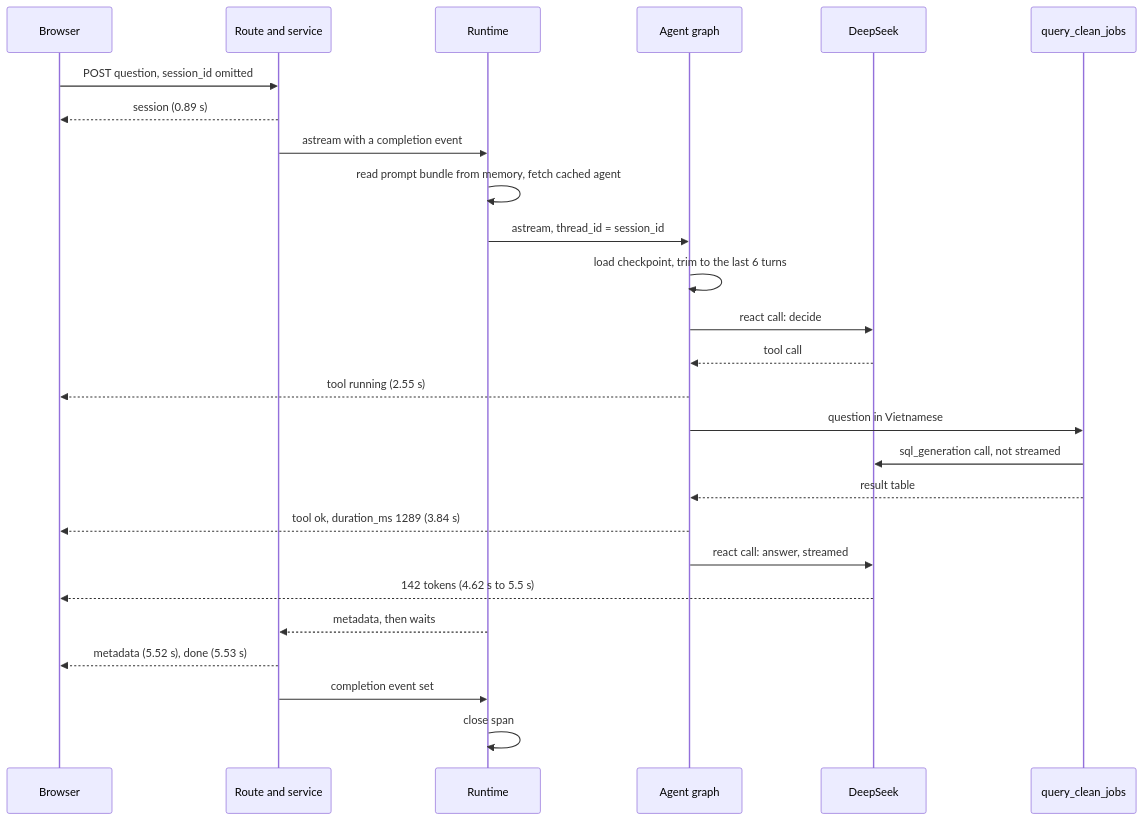
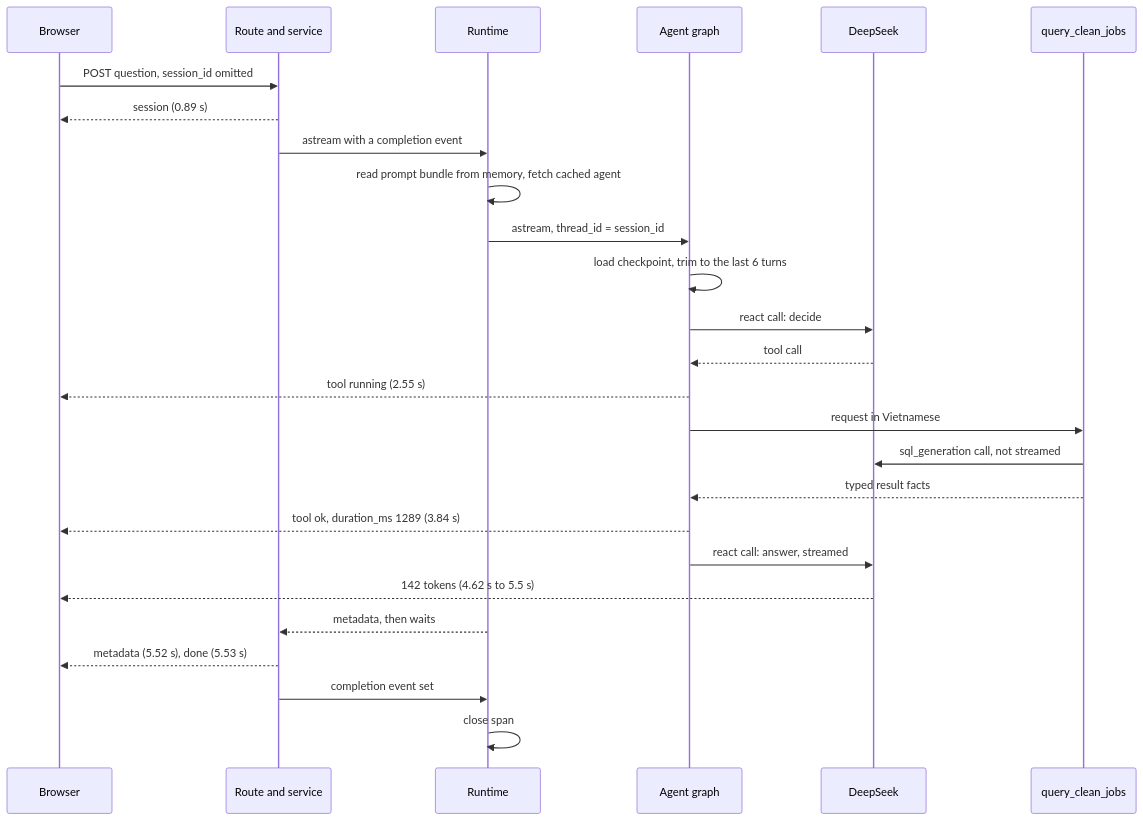
One commit to Park-Hip/InternHunterAgent changed the second of 3 diagrams in docs/modules/runtime.md. Above: the diagram before and after it, drawn with Mermaid. The commit also changed 49 other files, not shown here.

Commit message:
refactor(tools): return typed facts and let the prompt own the wording (Closes #702)

````diff
--- a/docs/modules/runtime.md
+++ b/docs/modules/runtime.md
@@ -87,28 +87,28 @@
 ```mermaid
 sequenceDiagram
     participant B as Browser
     participant S as Route and service
     participant RT as Runtime
     participant G as Agent graph
     participant DS as DeepSeek
     participant T as query_clean_jobs
     B->>S: POST question, session_id omitted
     S-->>B: session (0.89 s)
     S->>RT: astream with a completion event
     RT->>RT: read prompt bundle from memory, fetch cached agent
     RT->>G: astream, thread_id = session_id
     G->>G: load checkpoint, trim to the last 6 turns
     G->>DS: react call: decide
     DS-->>G: tool call
     G-->>B: tool running (2.55 s)
-    G->>T: question in Vietnamese
+    G->>T: request in Vietnamese
     T->>DS: sql_generation call, not streamed
-    T-->>G: result table
+    T-->>G: typed result facts
     G-->>B: tool ok, duration_ms 1289 (3.84 s)
     G->>DS: react call: answer, streamed
     DS-->>B: 142 tokens (4.62 s to 5.5 s)
     RT-->>S: metadata, then waits
     S-->>B: metadata (5.52 s), done (5.53 s)
     S->>RT: completion event set
     RT->>RT: close span
 ```
````
